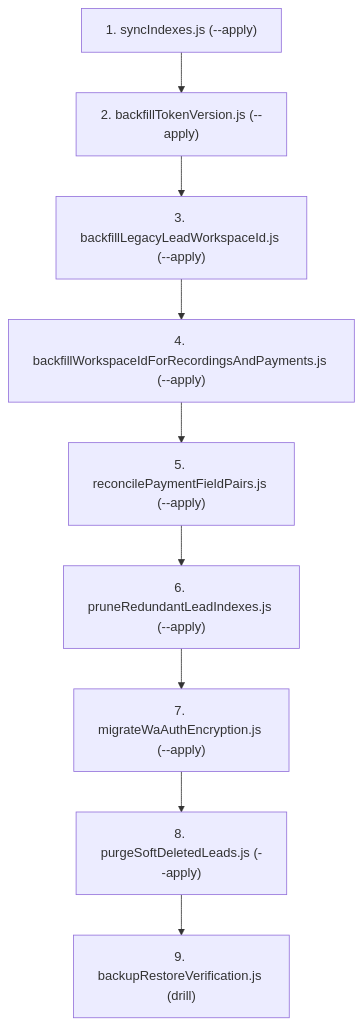
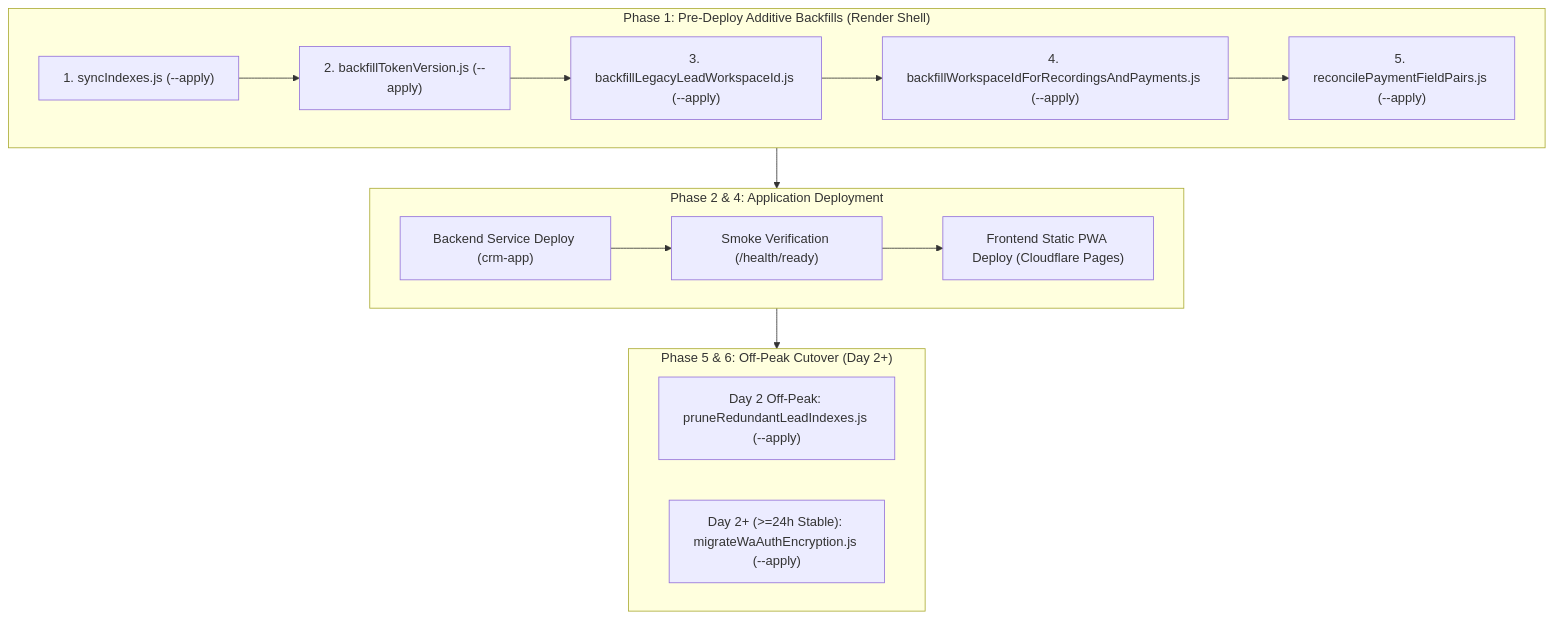
Before and after one commit to mayalok-ventures/const-crm-software: the second of 2 diagrams in docs/PRODUCTION_RUNBOOK.md, drawn with Mermaid. The commit also changed other lines of this file, not shown here.

Commit message:
fix(rc4): rewrite runbook deploy sequencing, rollback targets, and off-peak cutover safeguards

````diff
--- a/docs/PRODUCTION_RUNBOOK.md
+++ b/docs/PRODUCTION_RUNBOOK.md
@@ -106,11 +113,19 @@
 ```mermaid
 flowchart TD
-    M1["1. syncIndexes.js (--apply)"] --> M2["2. backfillTokenVersion.js (--apply)"]
-    M2 --> M3["3. backfillLegacyLeadWorkspaceId.js (--apply)"]
-    M3 --> M4["4. backfillWorkspaceIdForRecordingsAndPayments.js (--apply)"]
-    M4 --> M5["5. reconcilePaymentFieldPairs.js (--apply)"]
-    M5 --> M6["6. pruneRedundantLeadIndexes.js (--apply)"]
-    M6 --> M7["7. migrateWaAuthEncryption.js (--apply)"]
-    M7 --> M8["8. purgeSoftDeletedLeads.js (--apply)"]
-    M8 --> M9["9. backupRestoreVerification.js (drill)"]
+    subgraph PreDeploy ["Phase 1: Pre-Deploy Additive Backfills (Render Shell)"]
+        M1["1. syncIndexes.js (--apply)"] --> M2["2. backfillTokenVersion.js (--apply)"]
+        M2 --> M3["3. backfillLegacyLeadWorkspaceId.js (--apply)"]
+        M3 --> M4["4. backfillWorkspaceIdForRecordingsAndPayments.js (--apply)"]
+        M4 --> M5["5. reconcilePaymentFieldPairs.js (--apply)"]
+    end
+    subgraph Deploy ["Phase 2 & 4: Application Deployment"]
+        D1["Backend Service Deploy (crm-app)"] --> D2["Smoke Verification (/health/ready)"]
+        D2 --> D3["Frontend Static PWA Deploy (Cloudflare Pages)"]
+    end
+    subgraph PostDeploy ["Phase 5 & 6: Off-Peak Cutover (Day 2+)"]
+        P1["Day 2 Off-Peak: pruneRedundantLeadIndexes.js (--apply)"]
+        P2["Day 2+ (>=24h Stable): migrateWaAuthEncryption.js (--apply)"]
+    end
+    PreDeploy --> Deploy
+    Deploy --> PostDeploy
 ```
````
